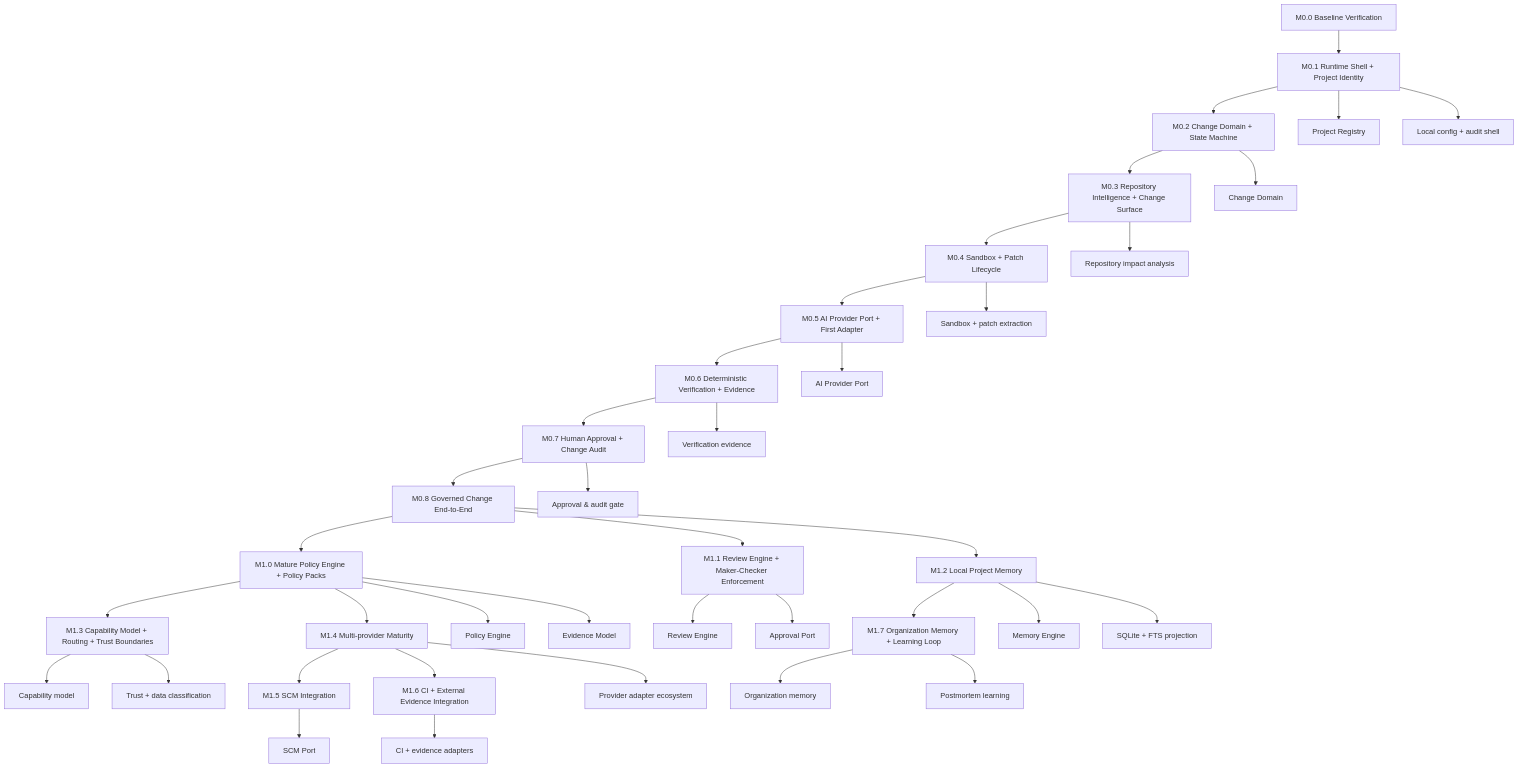
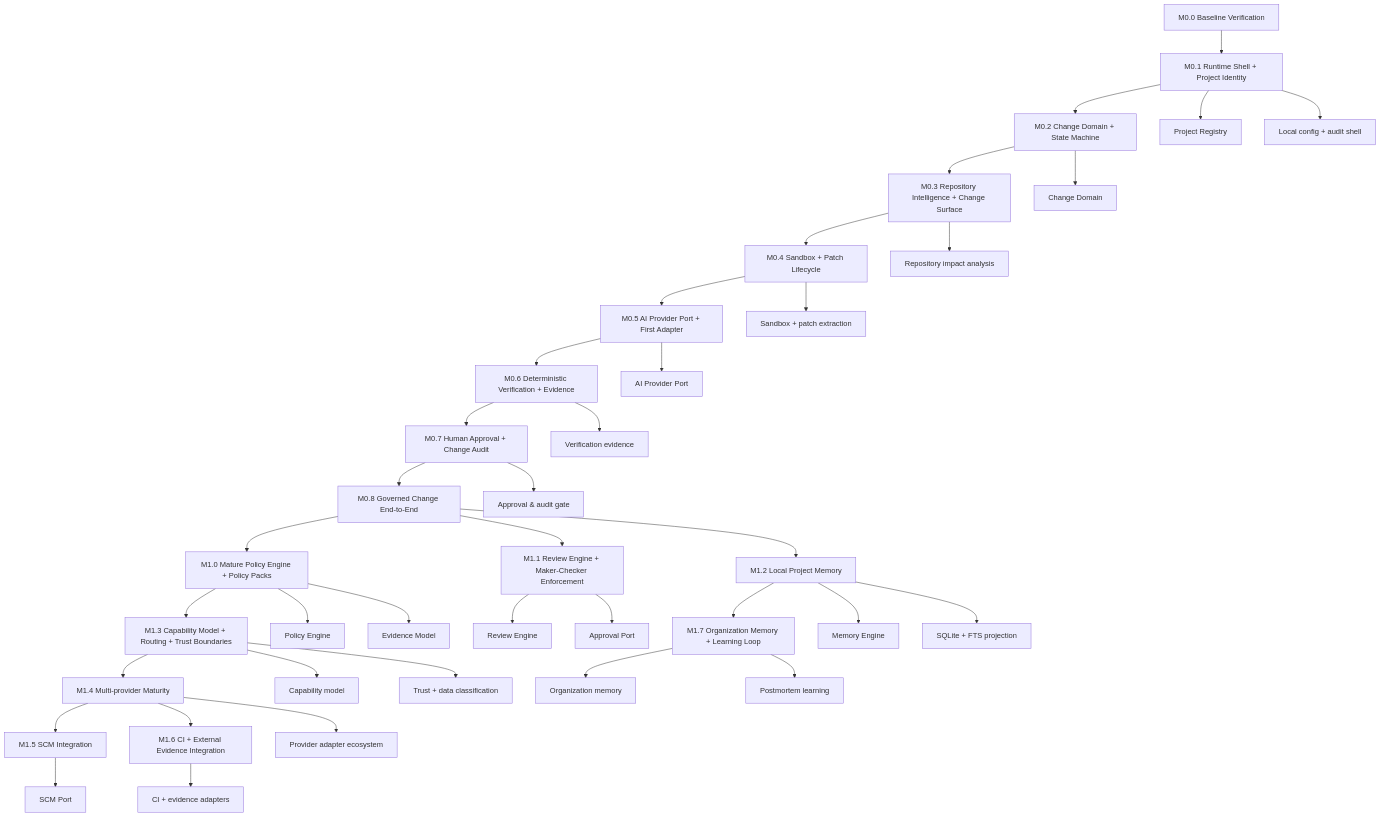
Before and after one commit to Eu-Pedro0ficial/praetor: the diagram in docs/roadmap/DEPENDENCY_GRAPH.md, drawn with Mermaid. The commit also changed other lines of this file and 23 other files, not shown here.

Commit message:
docs: establish Praetor architecture and delivery baseline

````diff
--- a/docs/roadmap/DEPENDENCY_GRAPH.md
+++ b/docs/roadmap/DEPENDENCY_GRAPH.md
@@ -7,43 +7,43 @@
 ```mermaid
 flowchart TD
     A[M0.0 Baseline Verification] --> B[M0.1 Runtime Shell + Project Identity]
     B --> C[M0.2 Change Domain + State Machine]
     C --> D[M0.3 Repository Intelligence + Change Surface]
     D --> E[M0.4 Sandbox + Patch Lifecycle]
     E --> F[M0.5 AI Provider Port + First Adapter]
     F --> G[M0.6 Deterministic Verification + Evidence]
     G --> H[M0.7 Human Approval + Change Audit]
     H --> I[M0.8 Governed Change End-to-End]
 
     I --> J[M1.0 Mature Policy Engine + Policy Packs]
     I --> K[M1.1 Review Engine + Maker-Checker Enforcement]
     I --> L[M1.2 Local Project Memory]
     J --> M[M1.3 Capability Model + Routing + Trust Boundaries]
-    J --> N[M1.4 Multi-provider Maturity]
+    M --> N[M1.4 Multi-provider Maturity]
     N --> O[M1.5 SCM Integration]
     N --> P[M1.6 CI + External Evidence Integration]
     L --> Q[M1.7 Organization Memory + Learning Loop]
 
     B --> R[Project Registry]
     B --> S[Local config + audit shell]
     C --> T[Change Domain]
     D --> U[Repository impact analysis]
     E --> V[Sandbox + patch extraction]
     F --> W[AI Provider Port]
     G --> X[Verification evidence]
     H --> Y[Approval & audit gate]
 
     J --> Z[Policy Engine]
     J --> AA[Evidence Model]
     K --> AB[Review Engine]
     K --> AC[Approval Port]
     L --> AD[Memory Engine]
     L --> AE[SQLite + FTS projection]
     M --> AF[Capability model]
     M --> AG[Trust + data classification]
     N --> AH[Provider adapter ecosystem]
     O --> AI[SCM Port]
     P --> AJ[CI + evidence adapters]
     Q --> AK[Organization memory]
     Q --> AL[Postmortem learning]
 ```
````
